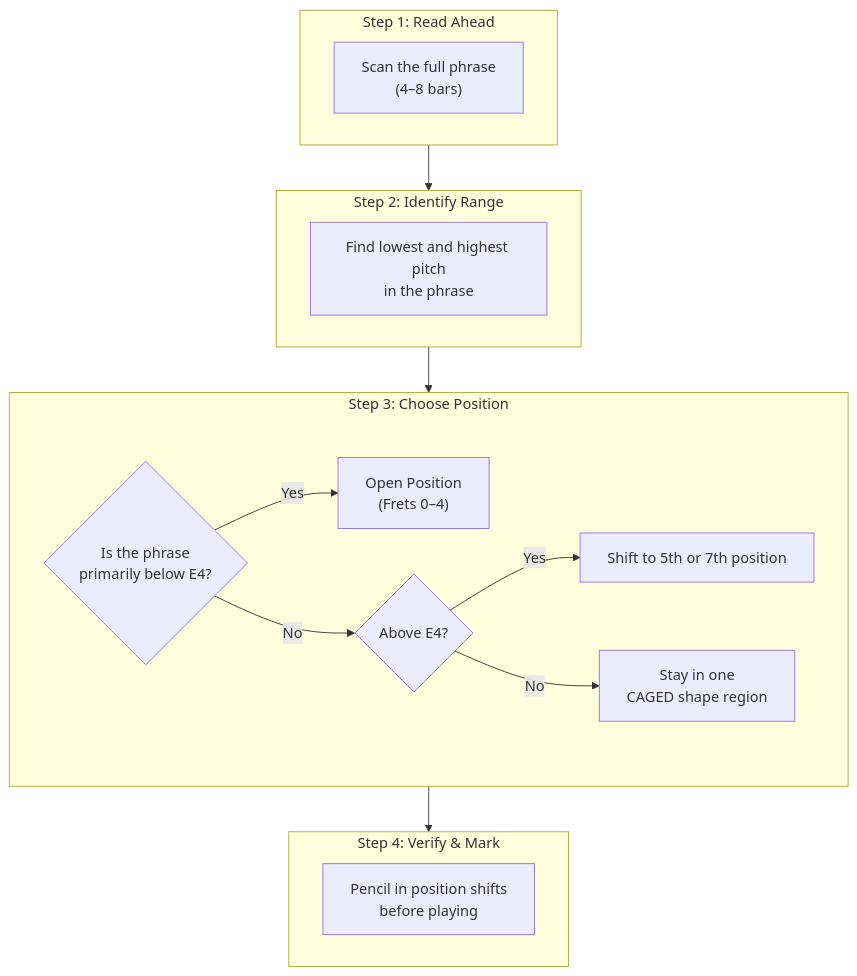
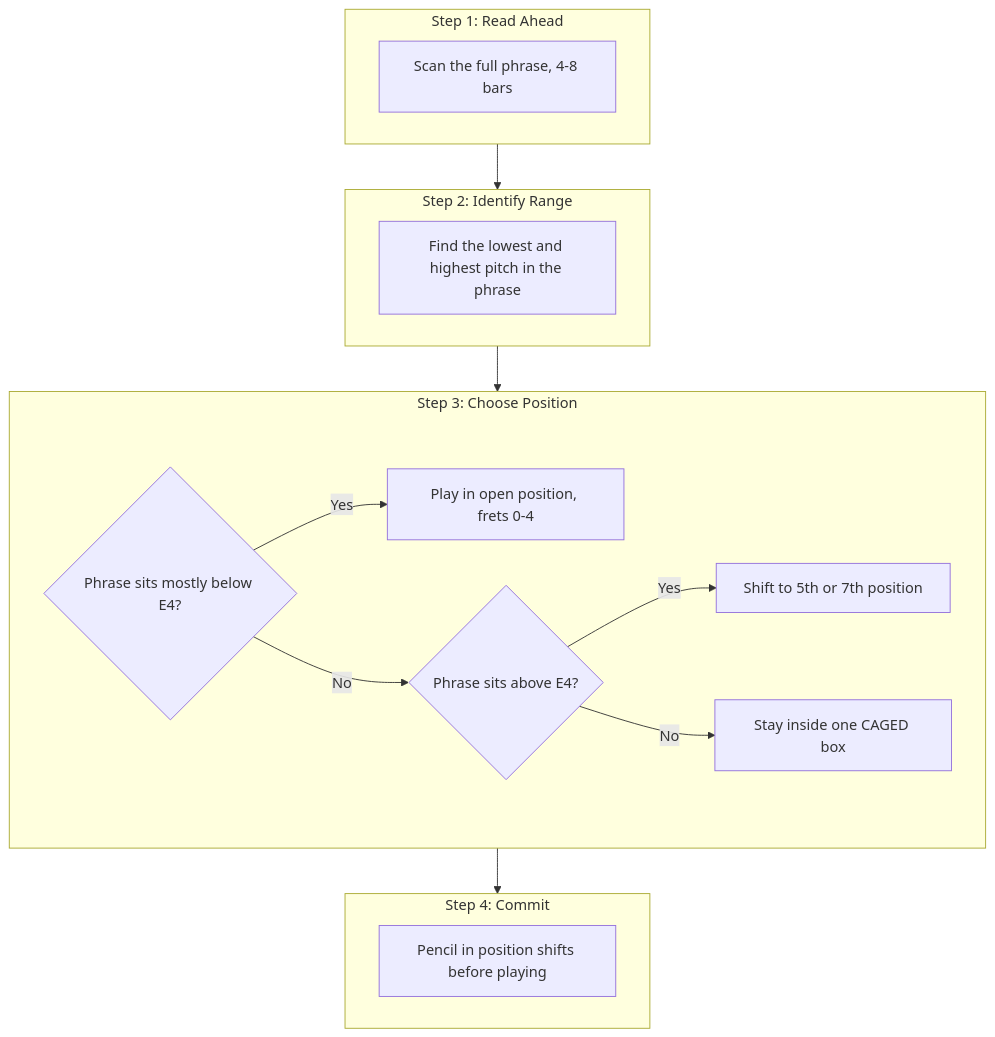
One commit to blebleblee/synapse changed the first of 3 diagrams in topics/arts/music_performance/acoustic_guitar/lesson_04_reading_tablature_and_sheet_music.md. Above: the diagram before and after it, drawn with Mermaid. The commit also changed other lines of this file and 4 other files, not shown here.

````diff
--- a/topics/arts/music_performance/acoustic_guitar/lesson_04_reading_tablature_and_sheet_music.md
+++ b/topics/arts/music_performance/acoustic_guitar/lesson_04_reading_tablature_and_sheet_music.md
@@ -181,24 +150,20 @@
 ```mermaid
 graph TD
     subgraph sub_read ["Step 1: Read Ahead"]
-        A["Scan the full phrase\n(4–8 bars)"]
+        A["Scan the full phrase, 4-8 bars"]
     end
-
     subgraph sub_range ["Step 2: Identify Range"]
-        B["Find lowest and highest pitch\nin the phrase"]
+        B["Find the lowest and highest pitch in the phrase"]
     end
-
     subgraph sub_pos ["Step 3: Choose Position"]
-        C{"Is the phrase\nprimarily below E4?"}
-        C -->|Yes| D["Open Position\n(Frets 0–4)"]
-        C -->|No| E{"Above E4?"}
+        C{"Phrase sits mostly below E4?"}
+        C -->|Yes| D["Play in open position, frets 0-4"]
+        C -->|No| E{"Phrase sits above E4?"}
         E -->|Yes| F["Shift to 5th or 7th position"]
-        E -->|No| G["Stay in one\nCAGED shape region"]
+        E -->|No| G["Stay inside one CAGED box"]
     end
-
-    subgraph sub_check ["Step 4: Verify & Mark"]
-        H["Pencil in position shifts\nbefore playing"]
+    subgraph sub_check ["Step 4: Commit"]
+        H["Pencil in position shifts before playing"]
     end
-
     sub_read --> sub_range --> sub_pos --> sub_check
 ```
````
